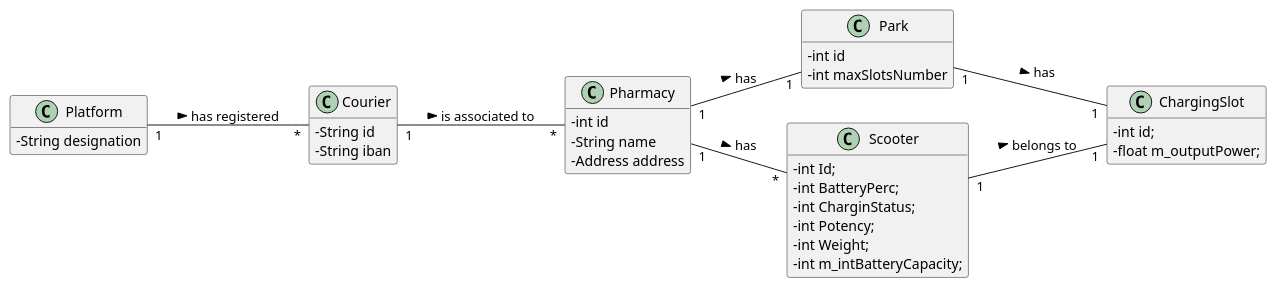
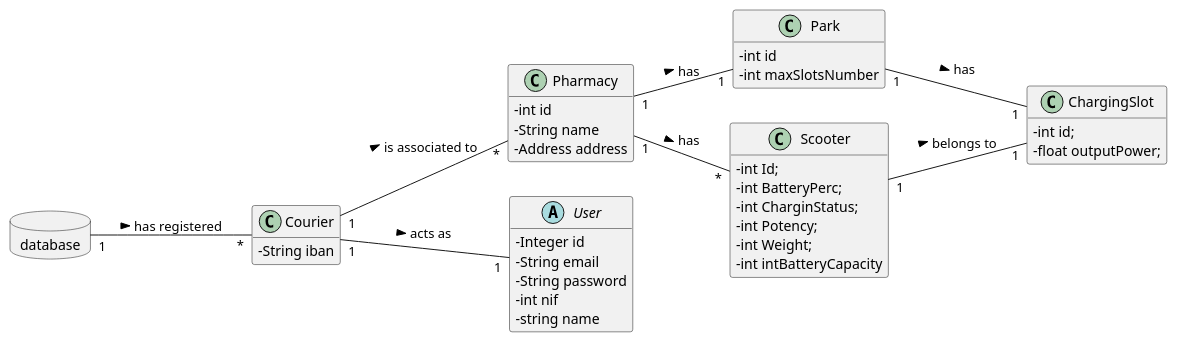
Before and after one commit to tiagoavcosta25/LAPR3: the diagram in docs/Iteration 2/Delivery Management/Refinement/US77_AvailableChargingSlot/US77_DM.puml, drawn with PlantUML. The commit also changed 3 other files, not shown here.

```diff
--- a/docs/Iteration 2/Delivery Management/Refinement/US77_AvailableChargingSlot/US77_DM.puml
+++ b/docs/Iteration 2/Delivery Management/Refinement/US77_AvailableChargingSlot/US77_DM.puml
@@ -1,46 +1,53 @@
 @startuml
 skinparam classAttributeIconSize 0
 hide methods
 left to right direction
 
-class Platform {
--   String designation
+database database {
 }
 
 class Pharmacy{
 -int id
 -String name
 -Address address
 }
 
 class Park{
 -int id
 -int maxSlotsNumber
 }
 
 class ChargingSlot{
 -int id;
--float m_outputPower;
+-float outputPower;
 }
 
 class Courier {
-      -String id
       -String iban
+}
+
+abstract User{
+  -Integer id
+  -String email
+  -String password
+  -int nif
+  -string name
 }
 
 class Scooter {
 -int Id;
 -int BatteryPerc;
 -int CharginStatus;
 -int Potency;
 -int Weight;
--int m_intBatteryCapacity;
+-int intBatteryCapacity
 }
 
-Platform "1" -- "*" Courier : has registered >
+database "1" -- "*" Courier : has registered >
+Courier "1" -- "1" User : acts as >
 Courier "1" -- "*" Pharmacy : is associated to >
 Pharmacy "1" -- "1" Park : has >
 Pharmacy "1" -- "*" Scooter : has >
 Park "1" -- "1" ChargingSlot : has >
 Scooter "1" -- "1" ChargingSlot : belongs to >
 @enduml
```
